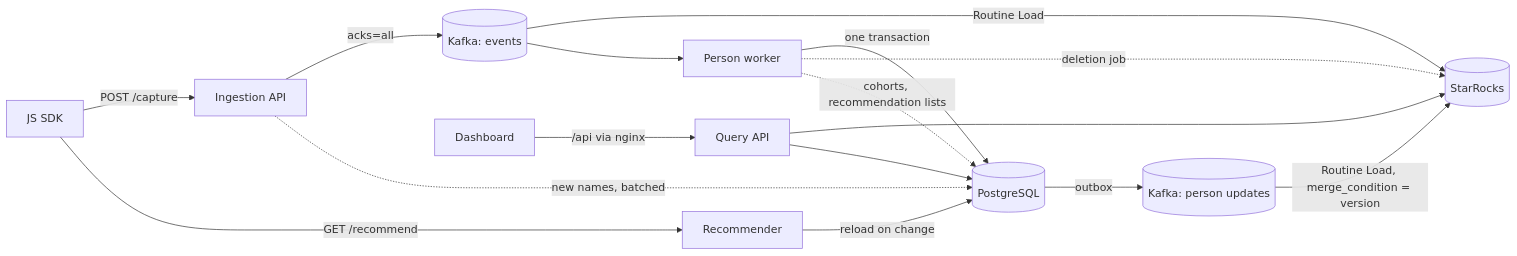
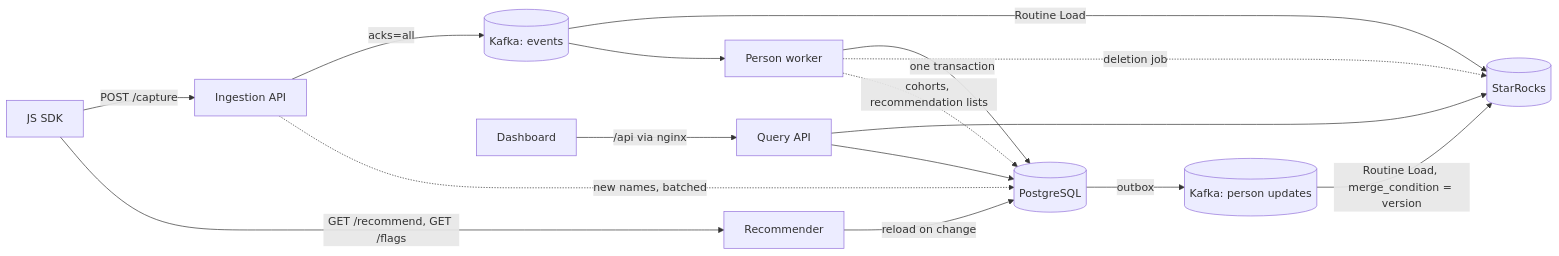
The diagram in docs/architecture.md (guvenimat/ReapDeep), drawn with Mermaid before and after one commit. The commit also changed other lines of this file and 1 other file, not shown here.

Commit message:
Document feature flags

````diff
--- a/docs/architecture.md
+++ b/docs/architecture.md
@@ -23,18 +23,18 @@
 ```mermaid
 flowchart LR
     SDK["JS SDK"] -->|"POST /capture"| ING["Ingestion API"]
     ING -->|"acks=all"| K[("Kafka: events")]
     ING -. "new names, batched" .-> PG
     K -->|"Routine Load"| SR[("StarRocks")]
     K --> PW["Person worker"]
     PW -->|"one transaction"| PG[("PostgreSQL")]
     PG -->|"outbox"| KU[("Kafka: person updates")]
     KU -->|"Routine Load, merge_condition = version"| SR
     PW -. "deletion job" .-> SR
     QA["Query API"] --> SR
     QA --> PG
     DB["Dashboard"] -->|"/api via nginx"| QA
     PW -. "cohorts, recommendation lists" .-> PG
     RC["Recommender"] -->|"reload on change"| PG
-    SDK -->|"GET /recommend"| RC
+    SDK -->|"GET /recommend, GET /flags"| RC
 ```
````
